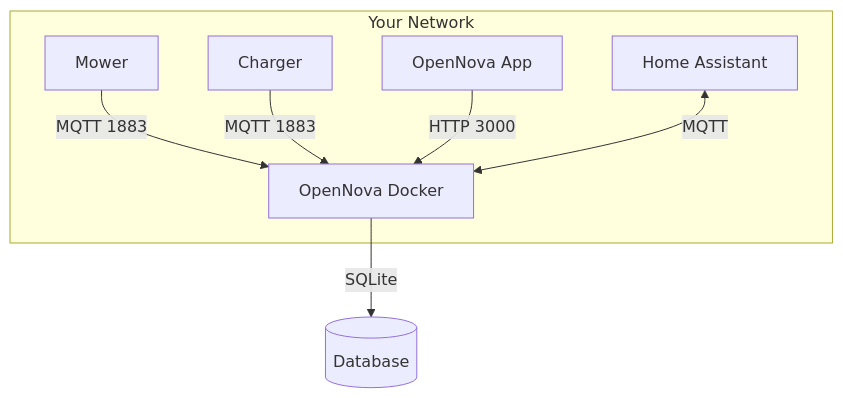
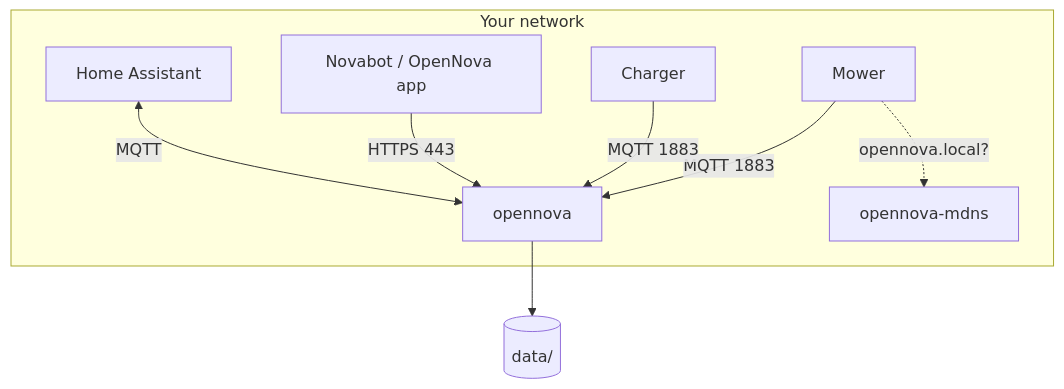
One commit to rvbcrs/Novabot changed the diagram in docs/guide/docker.md. Above: the diagram before and after it, drawn with Mermaid. The commit also changed other lines of this file and 12 other files, not shown here.

````diff
--- a/docs/guide/docker.md
+++ b/docs/guide/docker.md
@@ -358,10 +259,11 @@
 ```mermaid
 graph TB
-    subgraph Your Network
-        M[Mower] -->|MQTT 1883| S[OpenNova Docker]
+    subgraph Your network
+        M[Mower] -->|MQTT 1883| S[opennova]
         C[Charger] -->|MQTT 1883| S
-        P[OpenNova App] -->|HTTP 3000| S
+        M -.->|opennova.local?| X[opennova-mdns]
+        P[Novabot / OpenNova app] -->|HTTPS 443| S
         HA[Home Assistant] <-->|MQTT| S
     end
-    S -->|SQLite| DB[(Database)]
+    S --> D[(data/)]
 ```
````
